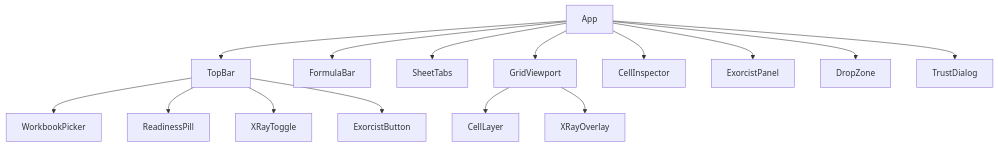
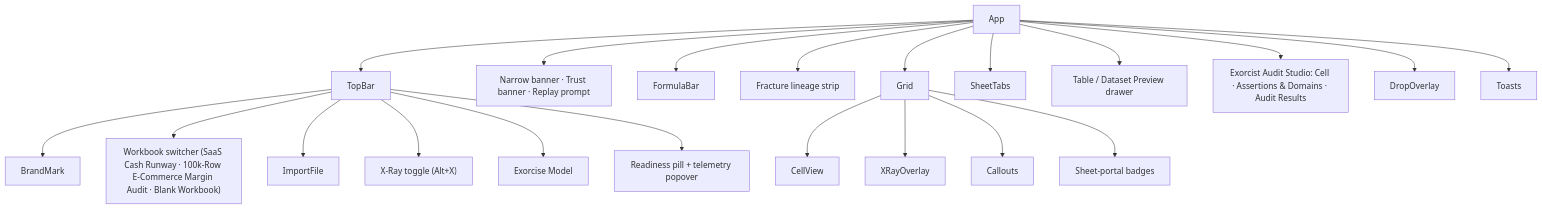
One commit to g4stein/SUTURE changed the first of 4 diagrams in .kiro/specs/04-xray-ui-and-workbooks/design.md. Above: the diagram before and after it, drawn with Mermaid. The commit also changed other lines of this file and 6 other files, not shown here.

````diff
--- a/.kiro/specs/04-xray-ui-and-workbooks/design.md
+++ b/.kiro/specs/04-xray-ui-and-workbooks/design.md
@@ -12,17 +12,23 @@
 ```mermaid
 flowchart TD
   App --> TopBar
-  TopBar --> WorkbookPicker
-  TopBar --> ReadinessPill
-  TopBar --> XRayToggle
-  TopBar --> ExorcistButton
+  TopBar --> BrandMark
+  TopBar --> WorkbookSwitcher["Workbook switcher (SaaS Cash Runway · 100k-Row E-Commerce Margin Audit · Blank Workbook)"]
+  TopBar --> ImportFile
+  TopBar --> XRayToggle["X-Ray toggle (Alt+X)"]
+  TopBar --> ExorciseModel["Exorcise Model"]
+  TopBar --> ReadinessPill["Readiness pill + telemetry popover"]
+  App --> Banners["Narrow banner · Trust banner · Replay prompt"]
   App --> FormulaBar
+  App --> LineageStrip["Fracture lineage strip"]
+  App --> Grid
+  Grid --> CellView
+  Grid --> XRayOverlay
+  Grid --> Callouts
+  Grid --> Portals["Sheet-portal badges"]
   App --> SheetTabs
-  App --> GridViewport
-  GridViewport --> CellLayer
-  GridViewport --> XRayOverlay
-  App --> CellInspector
-  App --> ExorcistPanel
-  App --> DropZone
-  App --> TrustDialog
+  App --> Drawer["Table / Dataset Preview drawer"]
+  App --> RightPanel["Exorcist Audit Studio: Cell · Assertions & Domains · Audit Results"]
+  App --> DropOverlay
+  App --> Toasts
 ```
````
